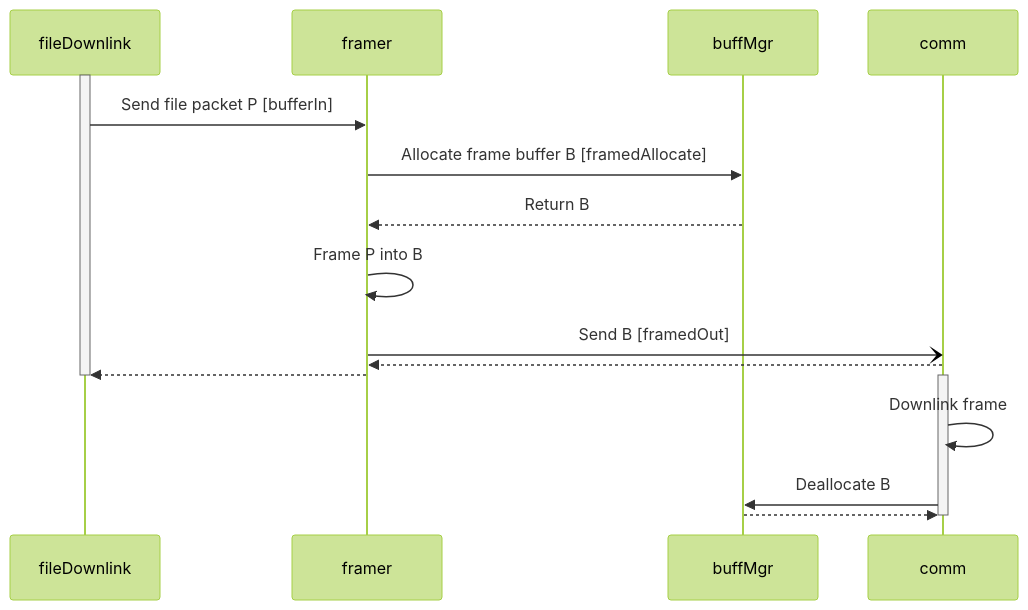
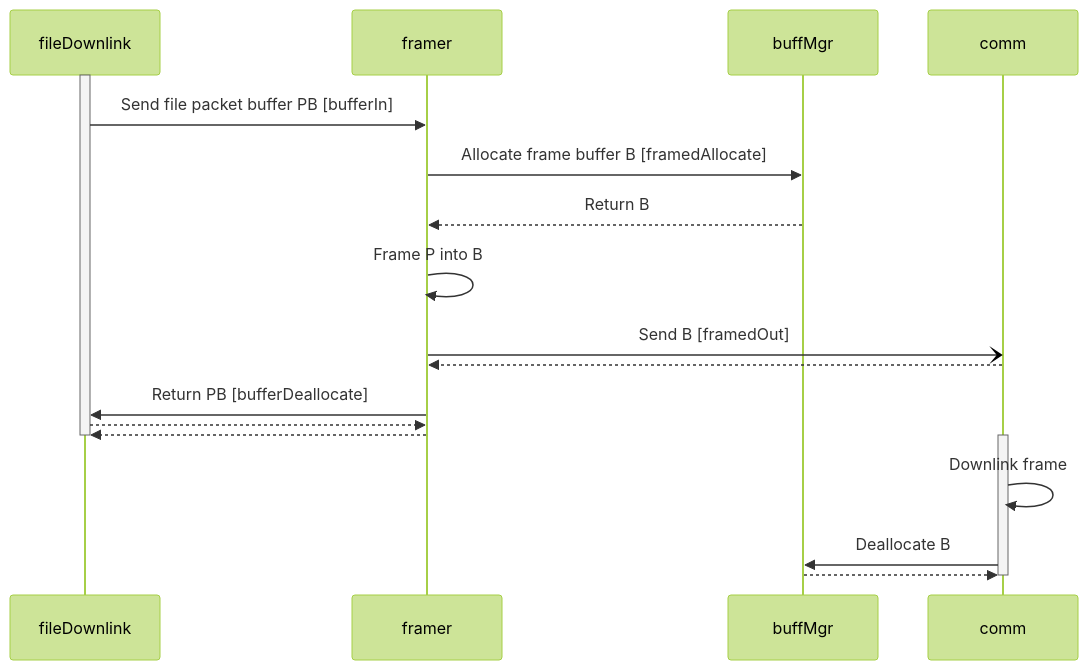
Before and after one commit to nasa/fprime: the fourth of 4 diagrams in Svc/Framer/docs/sdd.md, drawn with Mermaid (forest theme).

Commit message:
Revise Framer SDD

````diff
--- a/Svc/Framer/docs/sdd.md
+++ b/Svc/Framer/docs/sdd.md
@@ -293,18 +293,20 @@
 ```mermaid
 sequenceDiagram
     activate fileDownlink
-    fileDownlink->>framer: Send file packet P [bufferIn]
+    fileDownlink->>framer: Send file packet buffer PB [bufferIn]
     framer->>buffMgr: Allocate frame buffer B [framedAllocate]
     buffMgr-->>framer: Return B
     framer->>framer: Frame P into B
     framer-)comm: Send B [framedOut]
     comm-->>framer: 
+    framer->>fileDownlink: Return PB [bufferDeallocate]
+    fileDownlink-->>framer: 
     framer-->>fileDownlink: 
     deactivate fileDownlink
 
     activate comm
     comm->>comm: Downlink frame
     comm->>buffMgr: Deallocate B
     buffMgr-->>comm: 
     deactivate comm
 ```
````
